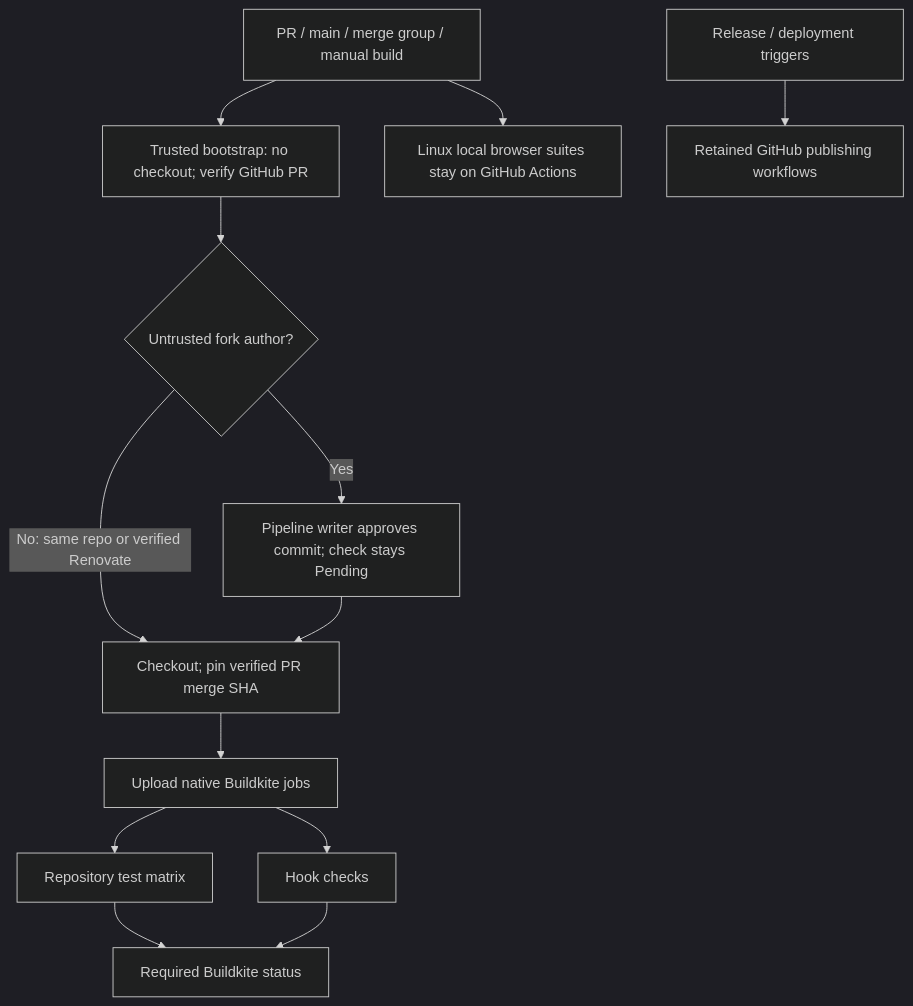
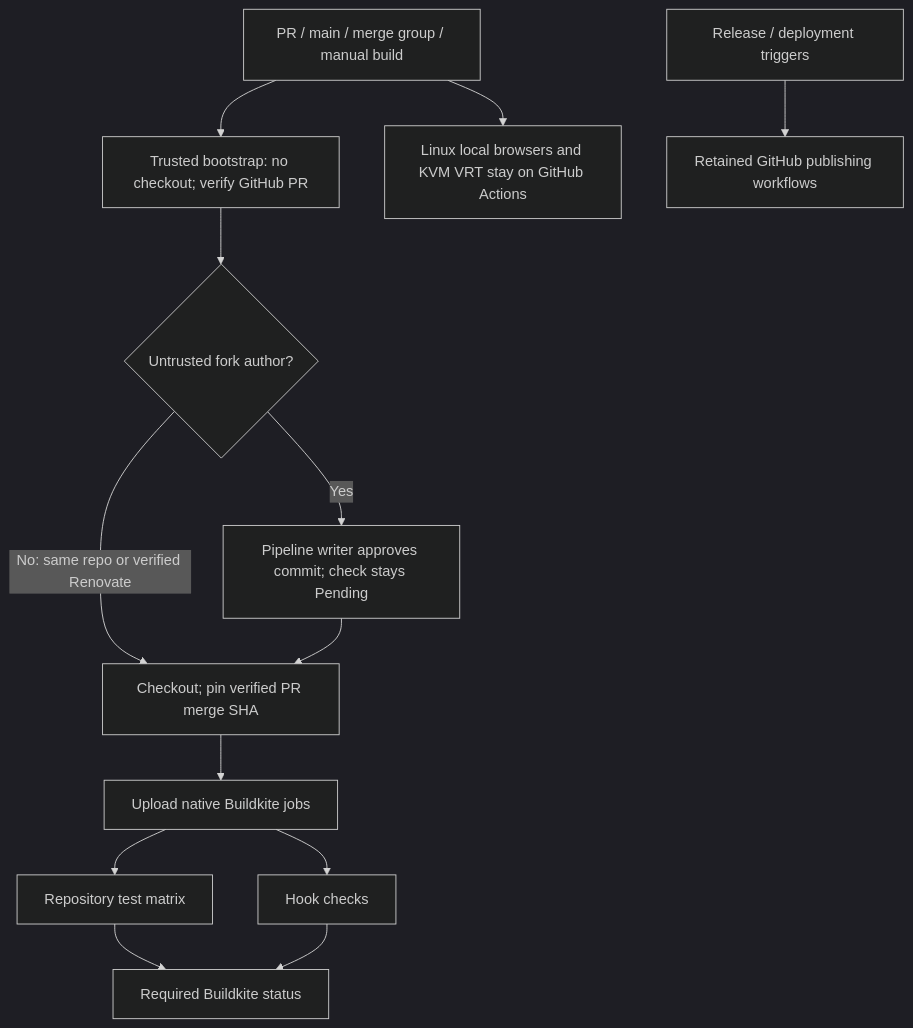
Before and after one commit to perplexityai/rules_web_e2e: the diagram in .buildkite/README.md, drawn with Mermaid (dark theme). The commit also changed other lines of this file and 3 other files, not shown here.

Commit message:
ci: retain KVM VRT on GitHub runners

````diff
--- a/.buildkite/README.md
+++ b/.buildkite/README.md
@@ -5,15 +5,15 @@
 ```mermaid
 flowchart TD
   E["PR / main / merge group / manual build"] --> P["Trusted bootstrap: no checkout; verify GitHub PR"]
   P --> F{"Untrusted fork author?"}
   F -->|Yes| A["Pipeline writer approves commit; check stays Pending"]
   F -->|No: same repo or verified Renovate| C["Checkout; pin verified PR merge SHA"]
   A --> C
   C --> U["Upload native Buildkite jobs"]
   U --> T["Repository test matrix"]
   U --> H["Hook checks"]
   T --> S["Required Buildkite status"]
   H --> S
-  E --> ARM["Linux local browser suites stay on GitHub Actions"]
+  E --> ARM["Linux local browsers and KVM VRT stay on GitHub Actions"]
   R["Release / deployment triggers"] --> G["Retained GitHub publishing workflows"]
 ```
````
